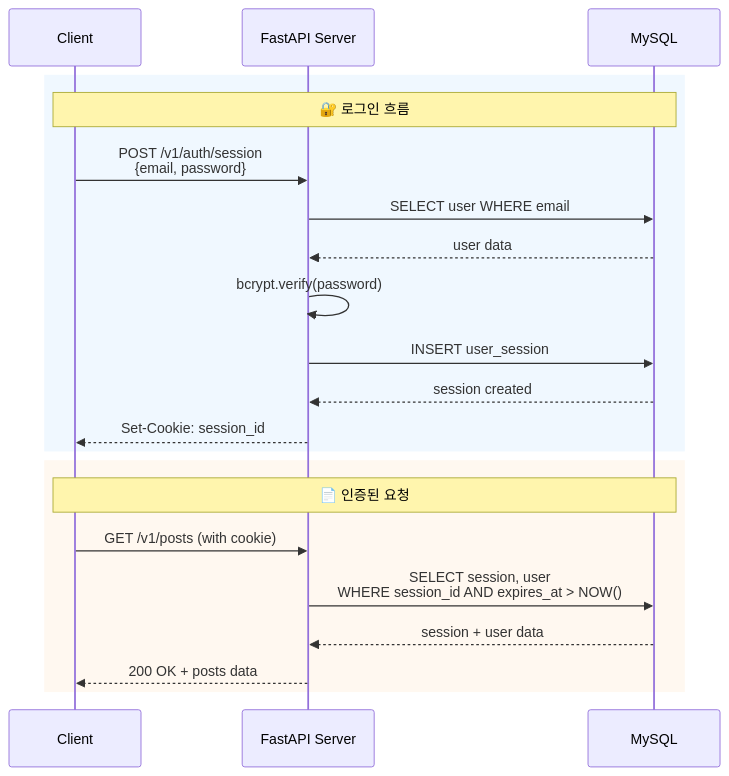
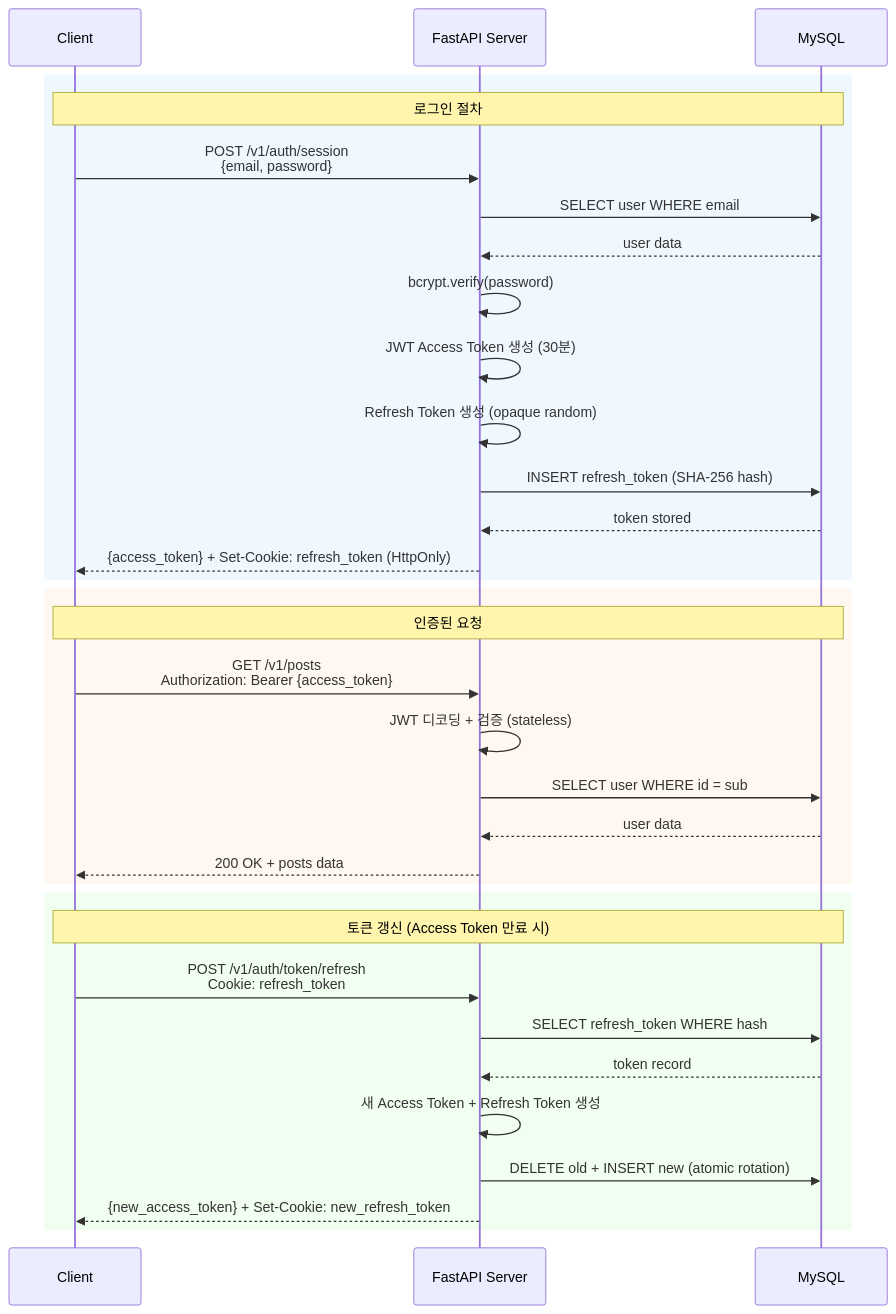
One commit to 80-hours-a-week/2-cho-community-fe changed the fourth of 4 diagrams in README.md. Above: the diagram before and after it, drawn with Mermaid. The commit also changed other lines of this file and 3 other files, not shown here.

````diff
--- a/README.md
+++ b/README.md
@@ -274,25 +275,38 @@
 ```mermaid
 sequenceDiagram
     participant Client
     participant Server as FastAPI Server
     participant MySQL
 
     rect rgb(240, 248, 255)
-        Note over Client,MySQL: 🔐 로그인 흐름
+        Note over Client,MySQL: 로그인 절차
         Client->>Server: POST /v1/auth/session<br/>{email, password}
         Server->>MySQL: SELECT user WHERE email
         MySQL-->>Server: user data
         Server->>Server: bcrypt.verify(password)
-        Server->>MySQL: INSERT user_session
-        MySQL-->>Server: session created
-        Server-->>Client: Set-Cookie: session_id
+        Server->>Server: JWT Access Token 생성 (30분)
+        Server->>Server: Refresh Token 생성 (opaque random)
+        Server->>MySQL: INSERT refresh_token (SHA-256 hash)
+        MySQL-->>Server: token stored
+        Server-->>Client: {access_token} + Set-Cookie: refresh_token (HttpOnly)
     end
 
     rect rgb(255, 248, 240)
-        Note over Client,MySQL: 📄 인증된 요청
-        Client->>Server: GET /v1/posts (with cookie)
-        Server->>MySQL: SELECT session, user<br/>WHERE session_id AND expires_at > NOW()
-        MySQL-->>Server: session + user data
+        Note over Client,MySQL: 인증된 요청
+        Client->>Server: GET /v1/posts<br/>Authorization: Bearer {access_token}
+        Server->>Server: JWT 디코딩 + 검증 (stateless)
+        Server->>MySQL: SELECT user WHERE id = sub
+        MySQL-->>Server: user data
         Server-->>Client: 200 OK + posts data
     end
+
+    rect rgb(240, 255, 240)
+        Note over Client,MySQL: 토큰 갱신 (Access Token 만료 시)
+        Client->>Server: POST /v1/auth/token/refresh<br/>Cookie: refresh_token
+        Server->>MySQL: SELECT refresh_token WHERE hash
+        MySQL-->>Server: token record
+        Server->>Server: 새 Access Token + Refresh Token 생성
+        Server->>MySQL: DELETE old + INSERT new (atomic rotation)
+        Server-->>Client: {new_access_token} + Set-Cookie: new_refresh_token
+    end
 ```
````
